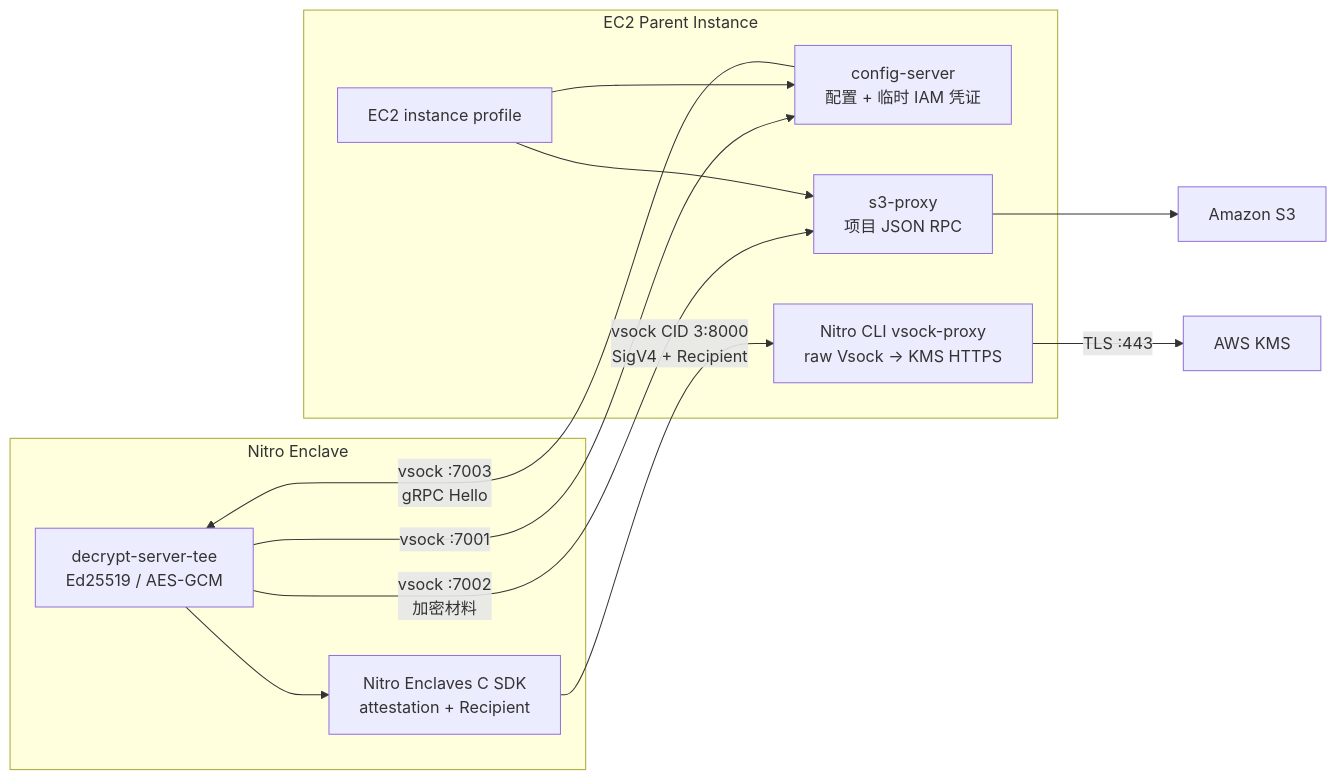
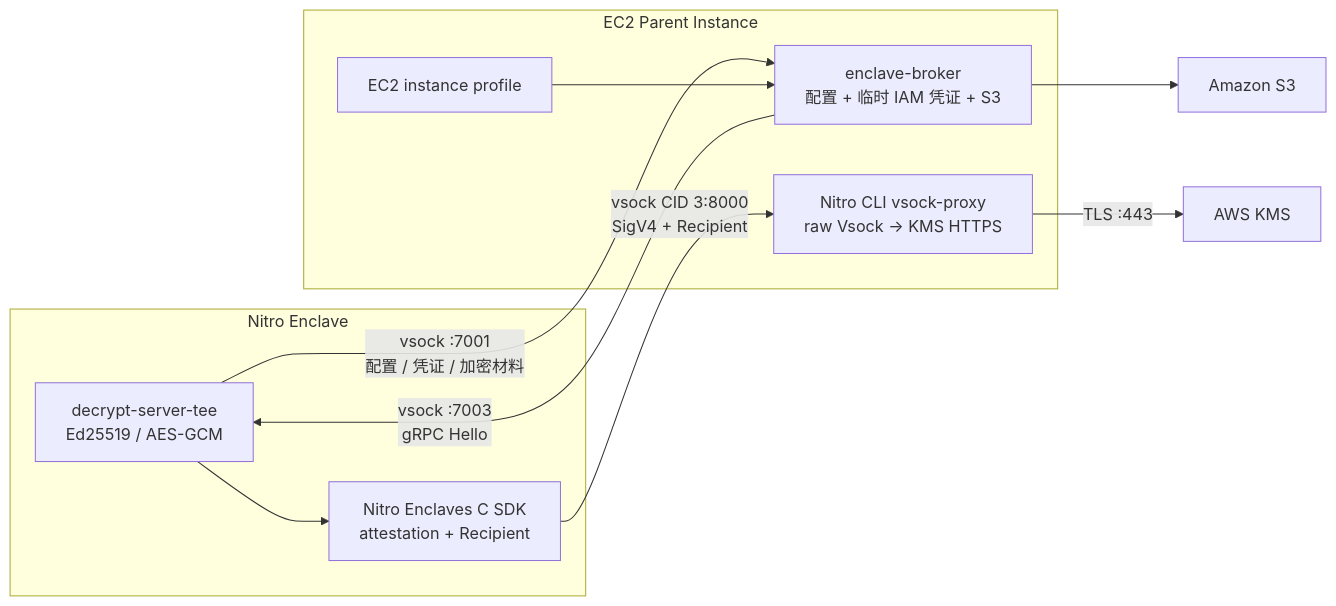
The diagram in README.md (xudean/aws-kms-demo), drawn with Mermaid before and after one commit. The commit also changed other lines of this file and 9 other files, not shown here.

Commit message:
feat: consolidate parent services into enclave broker

````diff
--- a/README.md
+++ b/README.md
@@ -17,25 +17,22 @@
 ```mermaid
 flowchart LR
     subgraph Enclave["Nitro Enclave"]
         App["decrypt-server-tee\nEd25519 / AES-GCM"]
         NitroSDK["Nitro Enclaves C SDK\nattestation + Recipient"]
     end
 
     subgraph Parent["EC2 Parent Instance"]
-        Config["config-server\n配置 + 临时 IAM 凭证"]
-        S3Proxy["s3-proxy\n项目 JSON RPC"]
+        Broker["enclave-broker\n配置 + 临时 IAM 凭证 + S3"]
         KMSProxy["Nitro CLI vsock-proxy\nraw Vsock → KMS HTTPS"]
         Role["EC2 instance profile"]
     end
 
-    App -->|"vsock :7001"| Config
-    App -->|"vsock :7002\n加密材料"| S3Proxy
-    Config -->|"vsock :7003\ngRPC Hello"| App
-    S3Proxy --> S3["Amazon S3"]
+    App -->|"vsock :7001\n配置 / 凭证 / 加密材料"| Broker
+    Broker -->|"vsock :7003\ngRPC Hello"| App
+    Broker --> S3["Amazon S3"]
 
     App --> NitroSDK
     NitroSDK -->|"vsock CID 3:8000\nSigV4 + Recipient"| KMSProxy
     KMSProxy -->|"TLS :443"| KMS["AWS KMS"]
-    Role --> Config
-    Role --> S3Proxy
+    Role --> Broker
 ```
````
